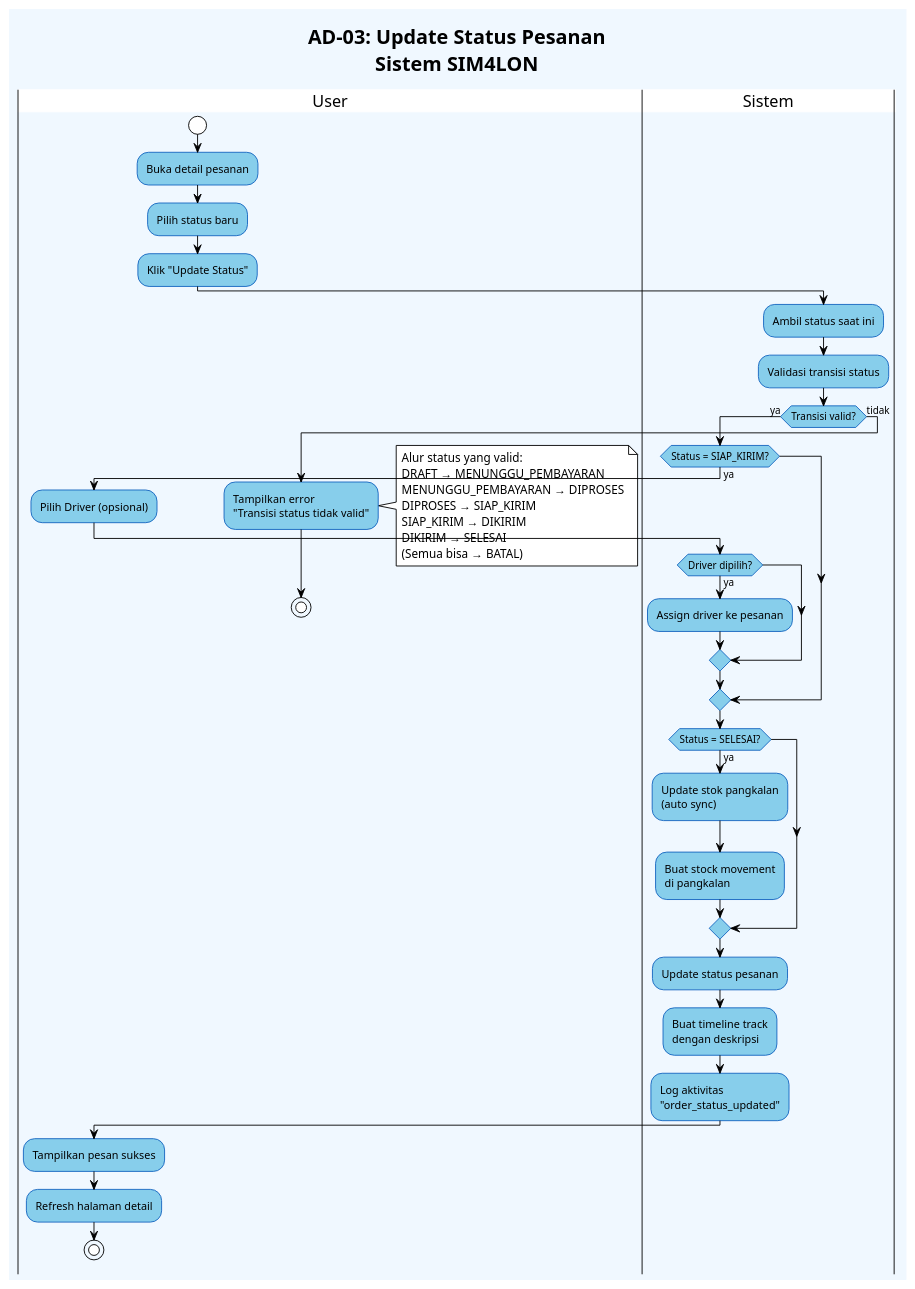
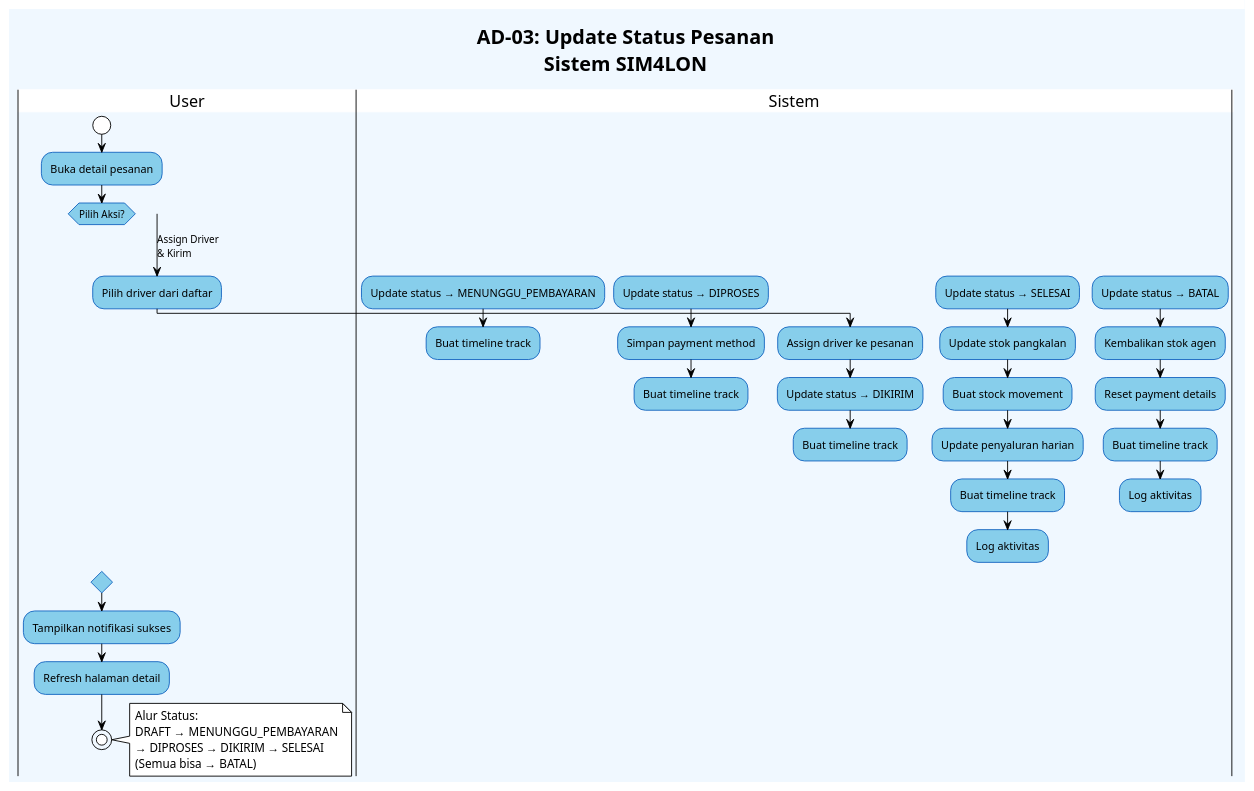
One commit to xinnxz/sim4lon changed the diagram in diagrams/AD_03_UpdateStatusPesanan.puml. Above: the diagram before and after it, drawn with PlantUML. The commit also changed 18 other files, not shown here.

```diff
--- a/diagrams/AD_03_UpdateStatusPesanan.puml
+++ b/diagrams/AD_03_UpdateStatusPesanan.puml
@@ -1,65 +1,65 @@
 @startuml AD_03_UpdateStatusPesanan
 !theme plain
 skinparam backgroundColor #f0f8ff
 skinparam ActivityBackgroundColor #87CEEB
 skinparam ActivityBorderColor #1565c0
-skinparam PartitionBackgroundColor #e3f2fd
-skinparam PartitionBorderColor #1565c0
 
 title **AD-03: Update Status Pesanan**\nSistem SIM4LON
 
 |User|
 start
 :Buka detail pesanan;
-:Pilih status baru;
-:Klik "Update Status";
 
-|Sistem|
-:Ambil status saat ini;
-:Validasi transisi status;
+switch (Pilih Aksi?)
+case (Konfirmasi\nPesanan)
+    |Sistem|
+    :Update status → MENUNGGU_PEMBAYARAN;
+    :Buat timeline track;
+    
+case (Konfirmasi\nPembayaran)
+    |Sistem|
+    :Update status → DIPROSES;
+    :Simpan payment method;
+    :Buat timeline track;
+    
+case (Assign Driver\n& Kirim)
+    |User|
+    :Pilih driver dari daftar;
+    |Sistem|
+    :Assign driver ke pesanan;
+    :Update status → DIKIRIM;
+    :Buat timeline track;
+    
+case (Pesanan\nSelesai)
+    |Sistem|
+    :Update status → SELESAI;
+    :Update stok pangkalan;
+    :Buat stock movement;
+    :Update penyaluran harian;
+    :Buat timeline track;
+    :Log aktivitas;
+    
+case (Batalkan\nPesanan)
+    |Sistem|
+    :Update status → BATAL;
+    :Kembalikan stok agen;
+    :Reset payment details;
+    :Buat timeline track;
+    :Log aktivitas;
+    
+endswitch
 
-if (Transisi valid?) then (ya)
-    
-    if (Status = SIAP_KIRIM?) then (ya)
-        |User|
-        :Pilih Driver (opsional);
-        
-        |Sistem|
-        if (Driver dipilih?) then (ya)
-            :Assign driver ke pesanan;
-        endif
-    endif
-    
-    if (Status = SELESAI?) then (ya)
-        |Sistem|
-        :Update stok pangkalan\n(auto sync);
-        :Buat stock movement\ndi pangkalan;
-    endif
-    
-    :Update status pesanan;
-    :Buat timeline track\ndengan deskripsi;
-    :Log aktivitas\n"order_status_updated";
-    
-    |User|
-    :Tampilkan pesan sukses;
-    :Refresh halaman detail;
-    stop
-    
-else (tidak)
-    |User|
-    :Tampilkan error\n"Transisi status tidak valid";
-    
-    note right
-    Alur status yang valid:
-    DRAFT → MENUNGGU_PEMBAYARAN
-    MENUNGGU_PEMBAYARAN → DIPROSES
-    DIPROSES → SIAP_KIRIM
-    SIAP_KIRIM → DIKIRIM
-    DIKIRIM → SELESAI
-    (Semua bisa → BATAL)
-    end note
-    
-    stop
-endif
+|User|
+:Tampilkan notifikasi sukses;
+:Refresh halaman detail;
+
+stop
+
+note right
+  Alur Status:
+  DRAFT → MENUNGGU_PEMBAYARAN
+  → DIPROSES → DIKIRIM → SELESAI
+  (Semua bisa → BATAL)
+end note
 
 @enduml
```
